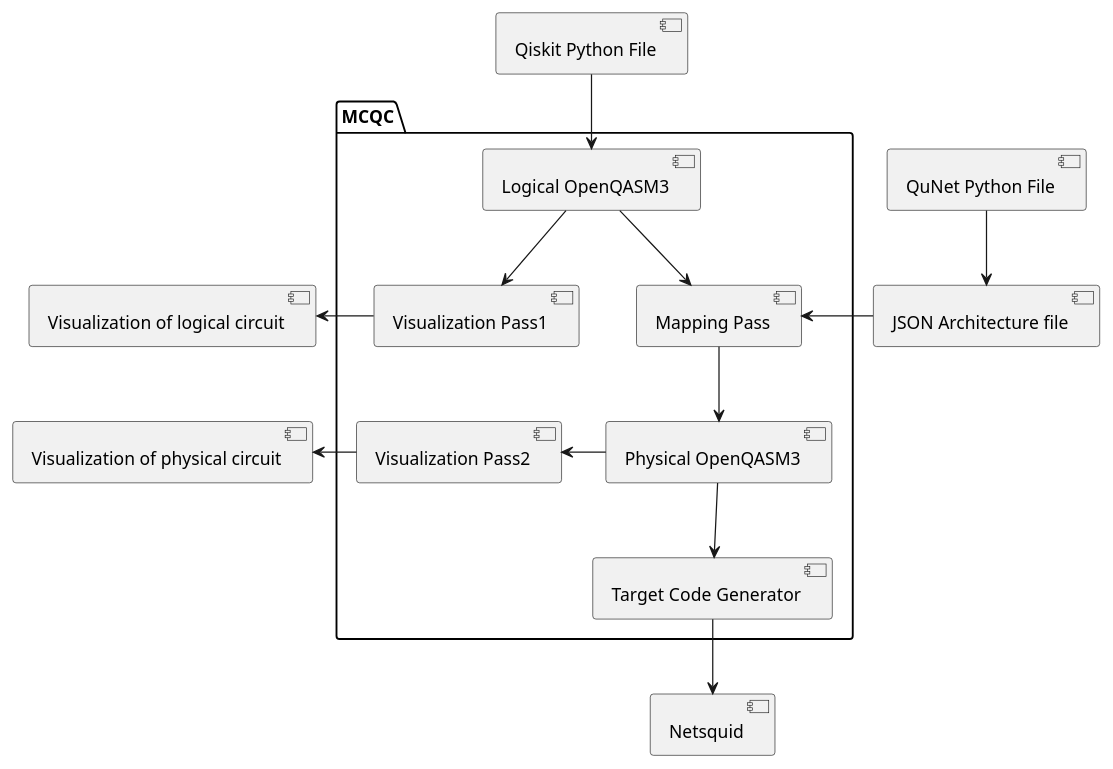
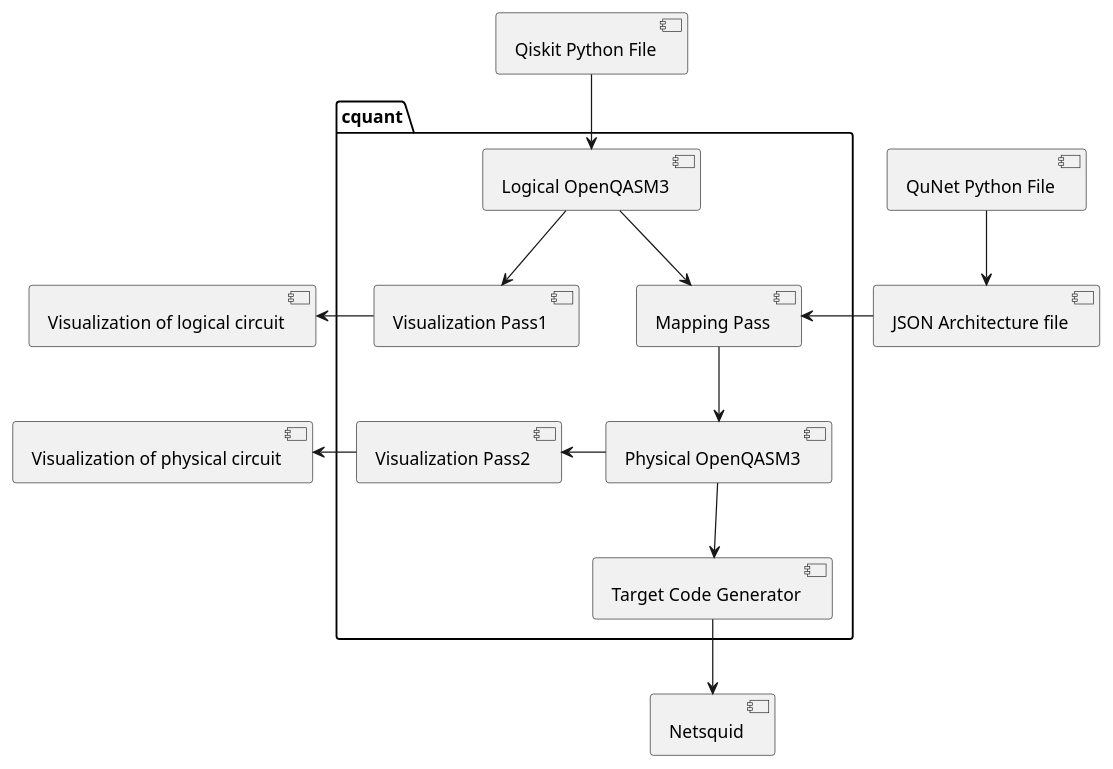
One commit to alejandrogonzalvo/cquant changed the diagram in static/framework.puml. Above: the diagram before and after it, drawn with PlantUML. The commit also changed 7 other files, not shown here.

```diff
--- a/static/framework.puml
+++ b/static/framework.puml
@@ -1,33 +1,33 @@
 @startuml Framework
 
 component [Qiskit Python File]
-package MCQC {
+package cquant {
     component [Logical OpenQASM3]
     component [Visualization Pass1]
     component [Mapping Pass]
     component [Visualization Pass2]
     component [Target Code Generator]
     component [Physical OpenQASM3]
 }
 
 component [QuNet Python File]
 component [JSON Architecture file]
 component Netsquid
 component [Visualization of logical circuit]
 component [Visualization of physical circuit]
 
 
 [Qiskit Python File] -down-> [Logical OpenQASM3]
 [Logical OpenQASM3] -down-> [Visualization Pass1]
 [Visualization Pass1] -left-> [Visualization of logical circuit]
 [Logical OpenQASM3] -down-> [Mapping Pass]
 [Mapping Pass] -down-> [Physical OpenQASM3]
 [Physical OpenQASM3] -left-> [Visualization Pass2]
 [Visualization Pass2] -left-> [Visualization of physical circuit]
 [QuNet Python File] -down-> [JSON Architecture file]
 [JSON Architecture file] -left-> [Mapping Pass]
 [Physical OpenQASM3] -down-> [Target Code Generator]
 [Target Code Generator] -down-> Netsquid
 
 
 @enduml
```
